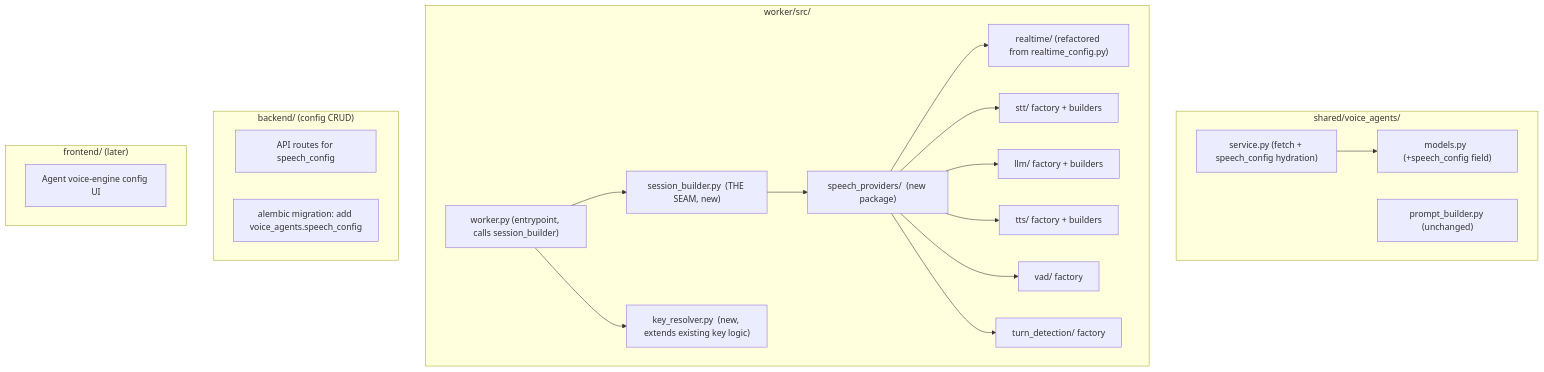
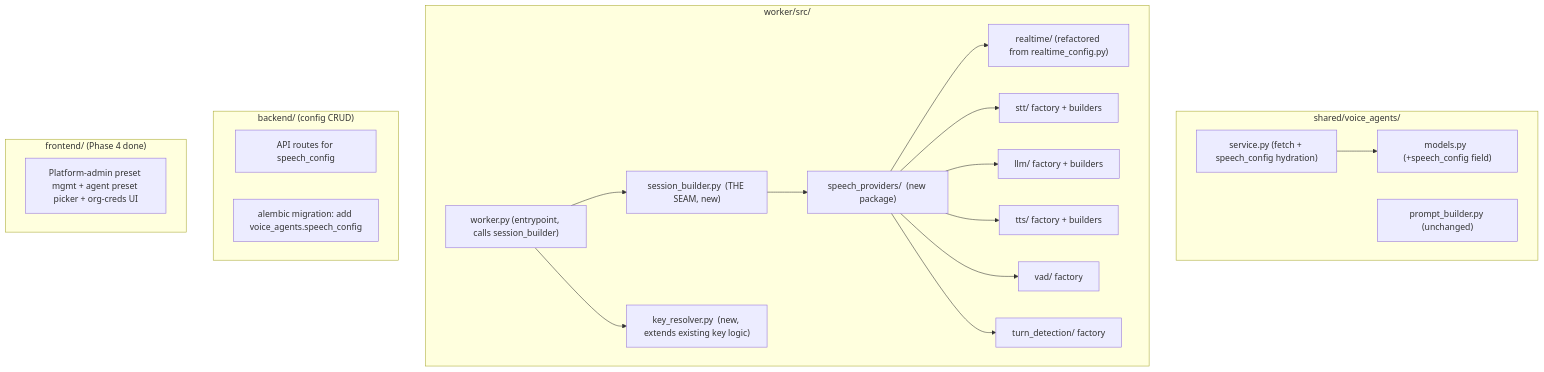
The eighth of 9 diagrams in docs/01_architecture/voice_engine_pipeline_design.md (gauravdhiman/a1-voice-agent-platform), drawn with Mermaid before and after one commit. The commit also changed other lines of this file and 27 other files, not shown here.

````diff
--- a/docs/01_architecture/voice_engine_pipeline_design.md
+++ b/docs/01_architecture/voice_engine_pipeline_design.md
@@ -302,30 +311,30 @@
 ```mermaid
 flowchart TD
     subgraph shared["shared/voice_agents/"]
         M["models.py  (+speech_config field)"]
         PB["prompt_builder.py (unchanged)"]
         Svc["service.py (fetch + speech_config hydration)"]
     end
     subgraph worker["worker/src/"]
         W["worker.py (entrypoint, calls session_builder)"]
         SB["session_builder.py  (THE SEAM, new)"]
         SP["speech_providers/  (new package)"]
         SP --> RTp["realtime/ (refactored from realtime_config.py)"]
         SP --> STTp["stt/ factory + builders"]
         SP --> LLMp["llm/ factory + builders"]
         SP --> TTSp["tts/ factory + builders"]
         SP --> VADp["vad/ factory"]
         SP --> TDp["turn_detection/ factory"]
         KR["key_resolver.py  (new, extends existing key logic)"]
     end
     subgraph backend["backend/ (config CRUD)"]
         Routes["API routes for speech_config"]
         Migration["alembic migration: add voice_agents.speech_config"]
     end
-    subgraph frontend["frontend/ (later)"]
-        UI["Agent voice-engine config UI"]
+    subgraph frontend["frontend/ (Phase 4 done)"]
+        UI["Platform-admin preset mgmt + agent preset picker + org-creds UI"]
     end
     W --> SB --> SP
     W --> KR
     Svc --> M
 ```
````
